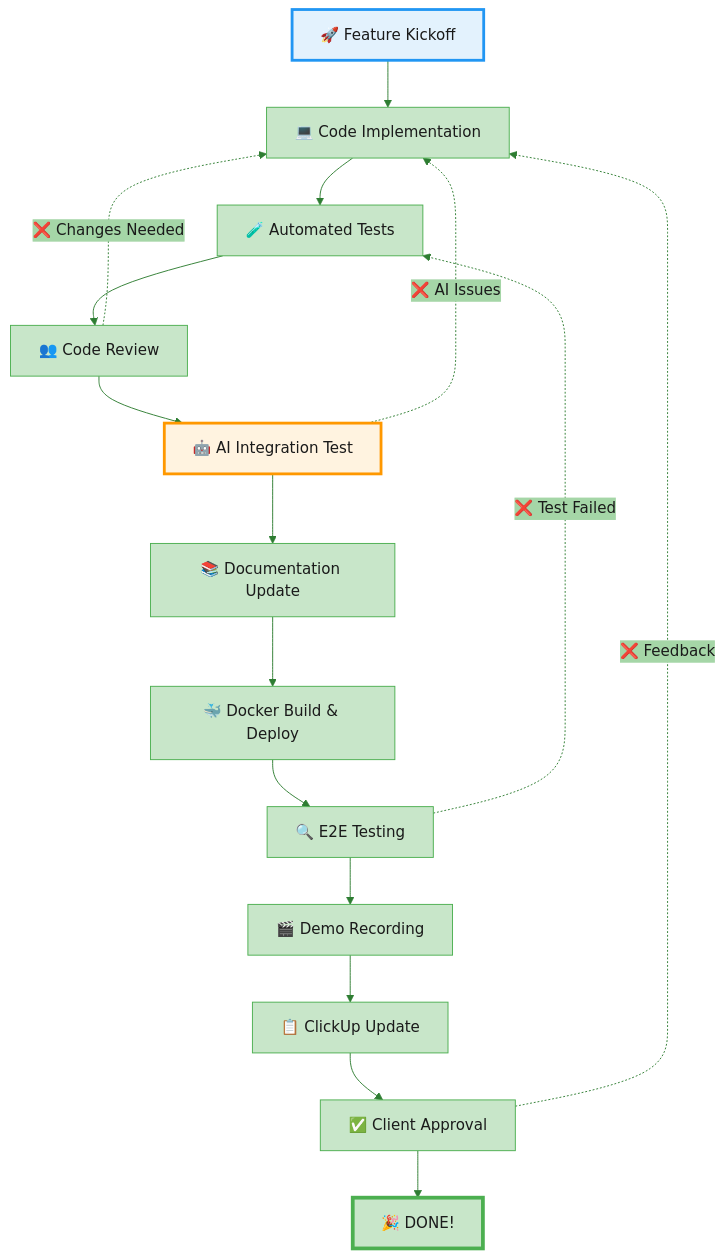
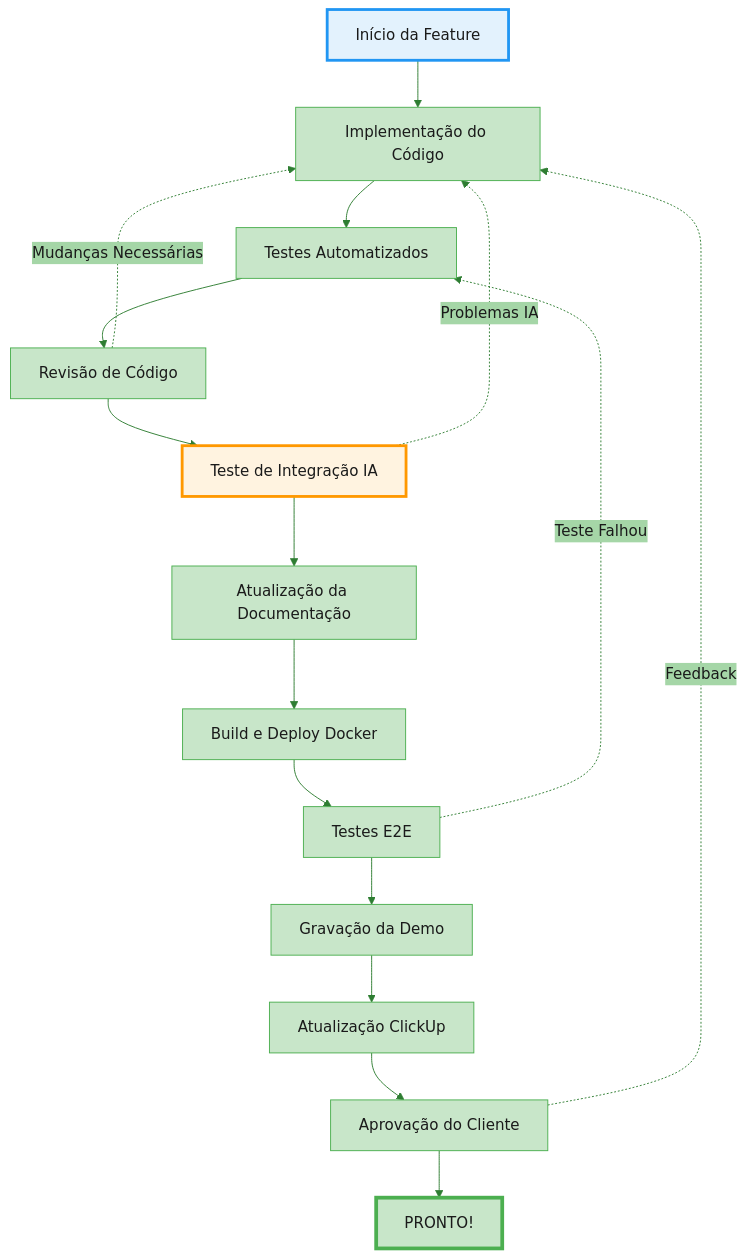
Before and after one commit to solanisdev/solar: diagram 15 of 20 in README.md, drawn with Mermaid. The commit also changed other lines of this file, not shown here.

````diff
--- a/README.md
+++ b/README.md
@@ -571,24 +547,24 @@
 ```mermaid
 %%{init: {'theme':'base', 'themeVariables': {'primaryColor':'#C8E6C9','primaryTextColor':'#1a1a1a','primaryBorderColor':'#4CAF50','lineColor':'#2E7D32','secondaryColor':'#A5D6A7','tertiaryColor':'#E8F5E8'}}}%%
 flowchart TD
-    START[🚀 Feature Kickoff] --> CODE[💻 Code Implementation]
-    CODE --> TESTS[🧪 Automated Tests]
-    TESTS --> REVIEW[👥 Code Review]
-    REVIEW --> AI_TEST[🤖 AI Integration Test]
-    AI_TEST --> DOCS[📚 Documentation Update]
-    DOCS --> DEPLOY[🐳 Docker Build & Deploy]
-    DEPLOY --> E2E[🔍 E2E Testing]
-    E2E --> DEMO[🎬 Demo Recording]
-    DEMO --> CLICKUP[📋 ClickUp Update]
-    CLICKUP --> CLIENT[✅ Client Approval]
-    CLIENT --> DONE[🎉 DONE!]
+    START[Início da Feature] --> CODE[Implementação do Código]
+    CODE --> TESTS[Testes Automatizados]
+    TESTS --> REVIEW[Revisão de Código]
+    REVIEW --> AI_TEST[Teste de Integração IA]
+    AI_TEST --> DOCS[Atualização da Documentação]
+    DOCS --> DEPLOY[Build e Deploy Docker]
+    DEPLOY --> E2E[Testes E2E]
+    E2E --> DEMO[Gravação da Demo]
+    DEMO --> CLICKUP[Atualização ClickUp]
+    CLICKUP --> CLIENT[Aprovação do Cliente]
+    CLIENT --> DONE[PRONTO!]
     
-    REVIEW -.->|❌ Changes Needed| CODE
-    AI_TEST -.->|❌ AI Issues| CODE
-    E2E -.->|❌ Test Failed| TESTS
-    CLIENT -.->|❌ Feedback| CODE
+    REVIEW -.->|Mudanças Necessárias| CODE
+    AI_TEST -.->|Problemas IA| CODE
+    E2E -.->|Teste Falhou| TESTS
+    CLIENT -.->|Feedback| CODE
     
     style START fill:#E3F2FD,stroke:#2196F3,stroke-width:3px
     style DONE fill:#C8E6C9,stroke:#4CAF50,stroke-width:4px
     style AI_TEST fill:#FFF3E0,stroke:#FF9800,stroke-width:3px
 ```
````
